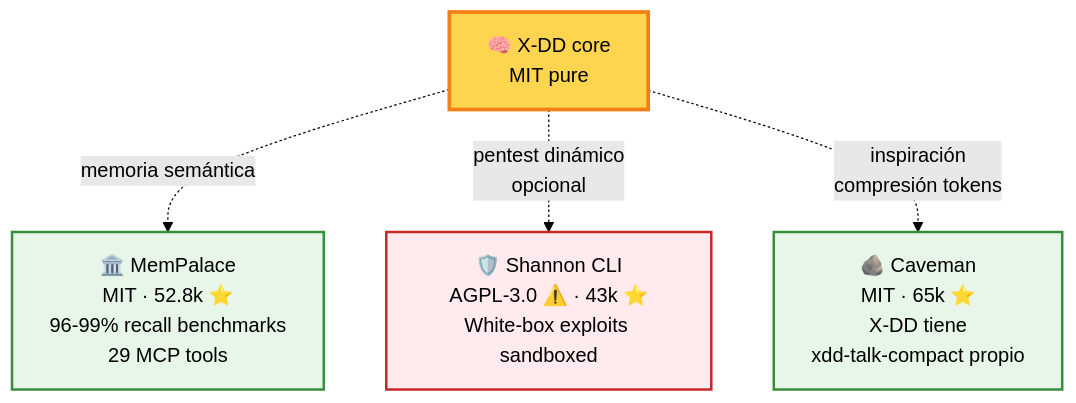
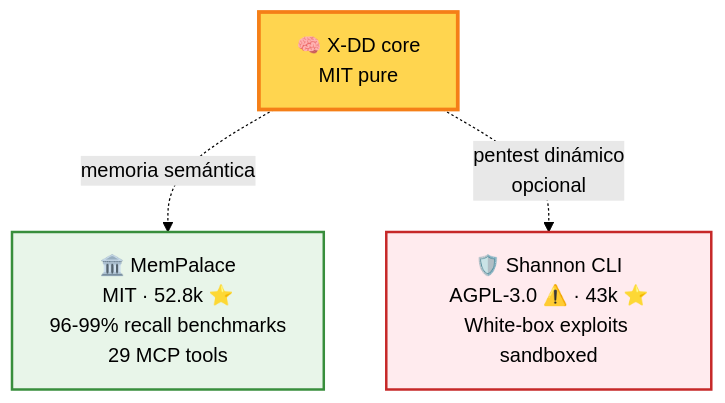
Before and after one commit to Cucholambr3ta/x-dd: the tenth of 10 diagrams in README.md, drawn with Mermaid (forest theme). The commit also changed 5 other files, not shown here.

First line of the commit message:
docs: quitar Caveman como integración externa; X-DD usa xdd-talk-compact propio

````diff
--- a/README.md
+++ b/README.md
@@ -436,15 +436,14 @@
 ```mermaid
 flowchart TB
     XDD["🧠 X-DD core<br/>MIT pure"]
 
     XDD -.->|"memoria semántica"| MP["🏛️ MemPalace<br/>MIT · 52.8k ⭐<br/>96-99% recall benchmarks<br/>29 MCP tools"]
     XDD -.->|"pentest dinámico<br/>opcional"| SH["🛡️ Shannon CLI<br/>AGPL-3.0 ⚠️ · 43k ⭐<br/>White-box exploits sandboxed"]
-    XDD -.->|"inspiración<br/>compresión tokens"| CV["🪨 Caveman<br/>MIT · 65k ⭐<br/>X-DD tiene<br/>xdd-talk-compact propio"]
 
     classDef core fill:#ffd54f,stroke:#f57f17,color:#000,stroke-width:3px
     classDef ext fill:#e8f5e9,stroke:#388e3c,color:#000,stroke-width:2px
     classDef warn fill:#ffebee,stroke:#c62828,color:#000,stroke-width:2px
     class XDD core
-    class MP,CV ext
+    class MP ext
     class SH warn
 ```
````
